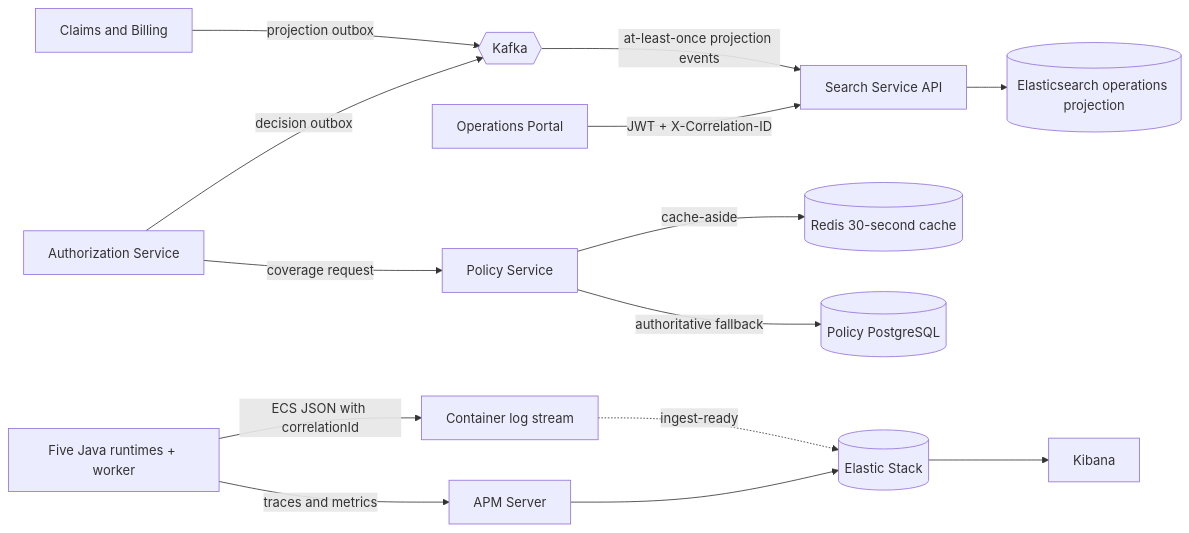
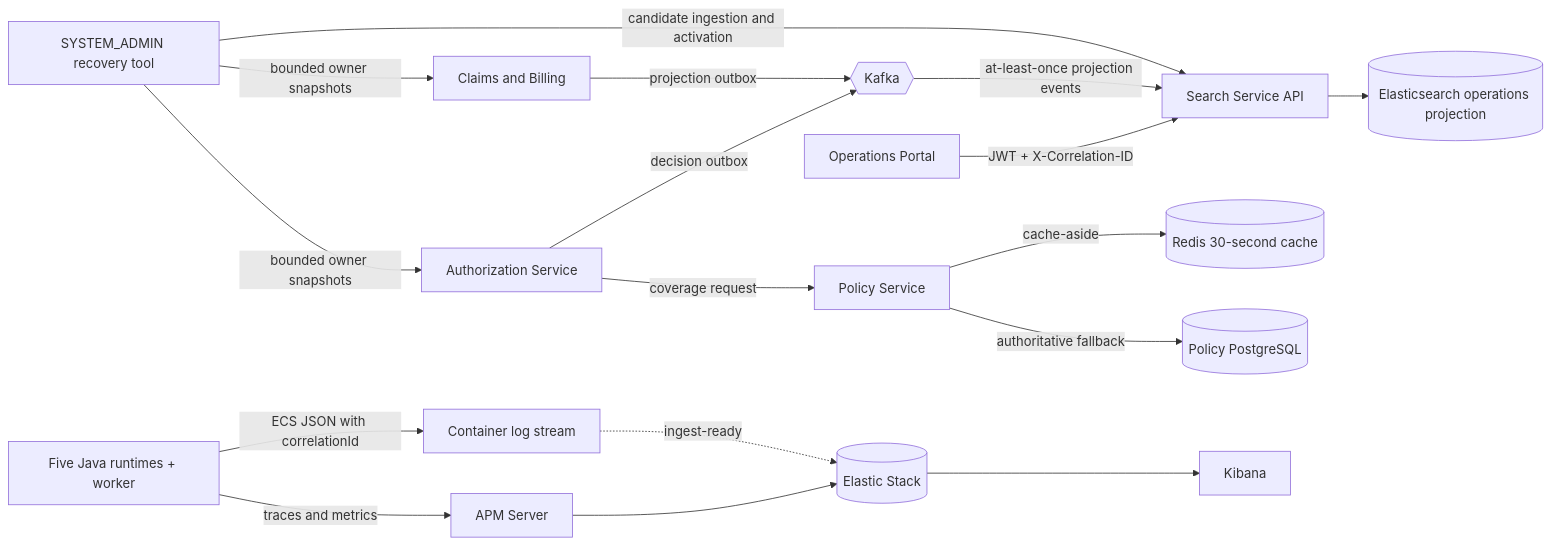
One commit to aydindemir1/health-insurance-platform changed the first of 5 diagrams in docs/architecture/search-and-observability.md. Above: the diagram before and after it, drawn with Mermaid. The commit also changed other lines of this file and 18 other files, not shown here.

````diff
--- a/docs/architecture/search-and-observability.md
+++ b/docs/architecture/search-and-observability.md
@@ -5,16 +5,19 @@
 ```mermaid
 flowchart LR
     Portal[Operations Portal] -->|JWT + X-Correlation-ID| SearchAPI[Search Service API]
     SearchAPI --> ES[(Elasticsearch operations projection)]
     Auth[Authorization Service] -->|coverage request| Policy[Policy Service]
     Policy -->|cache-aside| Redis[(Redis 30-second cache)]
     Policy -->|authoritative fallback| PolicyDB[(Policy PostgreSQL)]
     Auth -->|decision outbox| Kafka{{Kafka}}
     Claims[Claims and Billing] -->|projection outbox| Kafka
     Kafka -->|at-least-once projection events| SearchAPI
+    Admin[SYSTEM_ADMIN recovery tool] -->|bounded owner snapshots| Auth
+    Admin -->|bounded owner snapshots| Claims
+    Admin -->|candidate ingestion and activation| SearchAPI
     Services[Five Java runtimes + worker] -->|traces and metrics| APM[APM Server]
     Services -->|ECS JSON with correlationId| Logs[Container log stream]
     APM --> Elastic[(Elastic Stack)]
     Logs -. ingest-ready .-> Elastic
     Elastic --> Kibana[Kibana]
 ```
````
